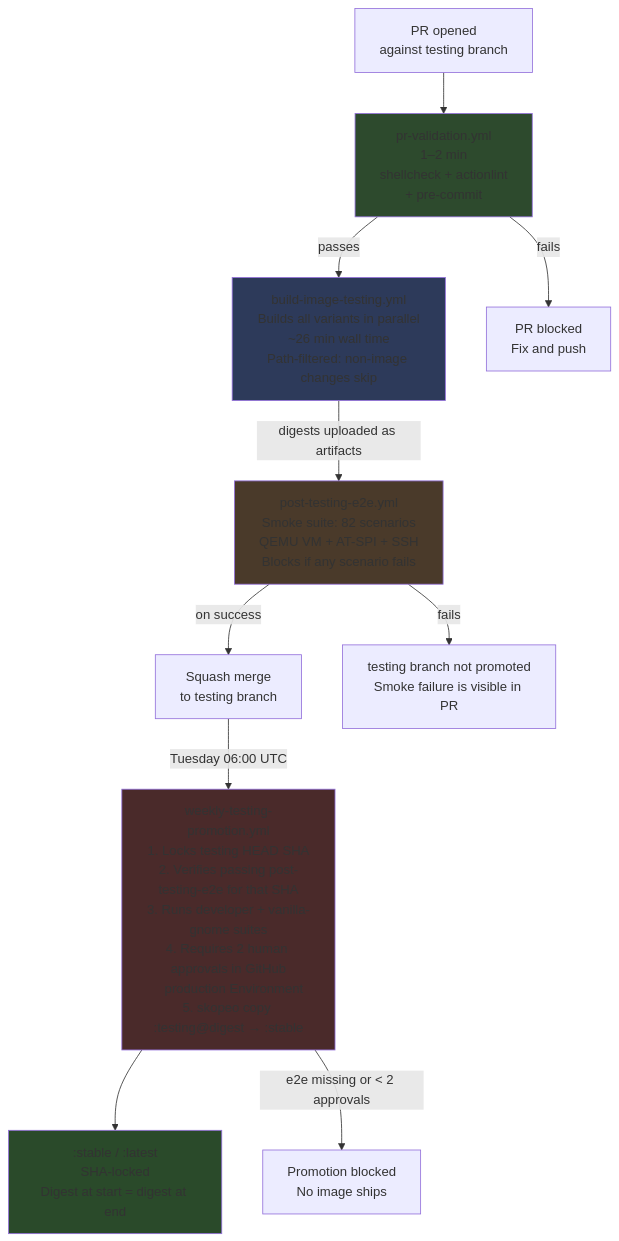
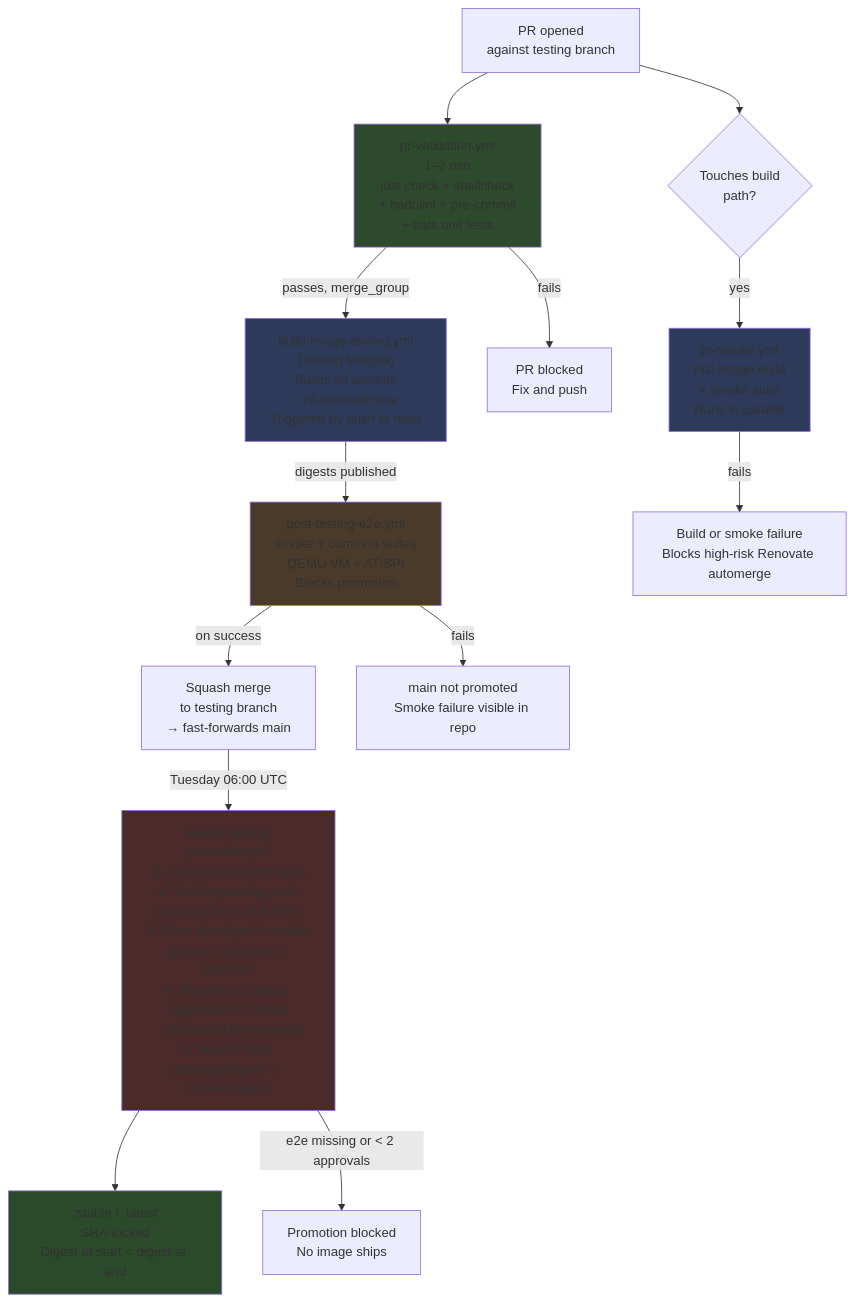
One commit to projectbluefin/documentation changed the fourth of 5 diagrams in docs/agentic-contributing.md. Above: the diagram before and after it, drawn with Mermaid. The commit also changed other lines of this file, not shown here.

````diff
--- a/docs/agentic-contributing.md
+++ b/docs/agentic-contributing.md
@@ -334,26 +341,31 @@
 ```mermaid
 flowchart TB
     pr["PR opened\nagainst testing branch"]
 
-    pr --> validation["pr-validation.yml\n1–2 min\nshellcheck + actionlint\n+ pre-commit"]
+    pr --> validation["pr-validation.yml\n1–2 min\njust check + shellcheck\n+ hadolint + pre-commit\n+ bats unit tests"]
 
-    validation -->|passes| build["build-image-testing.yml\nBuilds all variants in parallel\n~26 min wall time\nPath-filtered: non-image changes skip"]
+    pr --> smoke_check{"Touches build\npath?"}
+    smoke_check -->|yes| prsmoke["pr-smoke.yml\nFull image build\n+ smoke suite\nRuns in parallel"]
 
-    build -->|digests uploaded as artifacts| e2e["post-testing-e2e.yml\nSmoke suite: 82 scenarios\nQEMU VM + AT-SPI + SSH\nBlocks if any scenario fails"]
+    validation -->|passes, merge_group| build["build-image-testing.yml\n(Testing Images)\nBuilds all variants\n~26 min wall time\nTriggered by push to main"]
 
-    e2e -->|on success| merge["Squash merge\nto testing branch"]
+    build -->|digests published| e2e["post-testing-e2e.yml\nsmoke + common suites\nQEMU VM + AT-SPI\nBlocks promotion"]
 
-    merge -->|Tuesday 06:00 UTC| promotion["weekly-testing-promotion.yml\n1. Locks testing HEAD SHA\n2. Verifies passing post-testing-e2e for that SHA\n3. Runs developer + vanilla-gnome suites\n4. Requires 2 human approvals in GitHub\n   production Environment\n5. skopeo copy :testing@digest → :stable"]
+    e2e -->|on success| merge["Squash merge\nto testing branch\n→ fast-forwards main"]
+
+    merge -->|Tuesday 06:00 UTC| promotion["weekly-testing-promotion.yml\n1. Locks main HEAD SHA\n2. Verifies passing post-testing-e2e for that SHA\n3. Runs developer + vanilla-gnome + software + common\n4. Requires 2 human approvals in GitHub\n   production Environment\n5. skopeo copy :testing@digest → :stable/:latest"]
 
     promotion --> stable[":stable / :latest\nSHA-locked\nDigest at start = digest at end"]
 
     validation -->|fails| reject1["PR blocked\nFix and push"]
-    e2e -->|fails| reject2["testing branch not promoted\nSmoke failure is visible in PR"]
-    promotion -->|e2e missing or < 2 approvals| reject3["Promotion blocked\nNo image ships"]
+    prsmoke -->|fails| reject2["Build or smoke failure\nBlocks high-risk Renovate automerge"]
+    e2e -->|fails| reject3["main not promoted\nSmoke failure visible in repo"]
+    promotion -->|e2e missing or < 2 approvals| reject4["Promotion blocked\nNo image ships"]
 
     style validation fill:#2d4a2d
+    style prsmoke fill:#2d3a5a
     style build fill:#2d3a5a
     style e2e fill:#4a3a2a
     style promotion fill:#4a2a2a
     style stable fill:#2a4a2a
 ```
````
